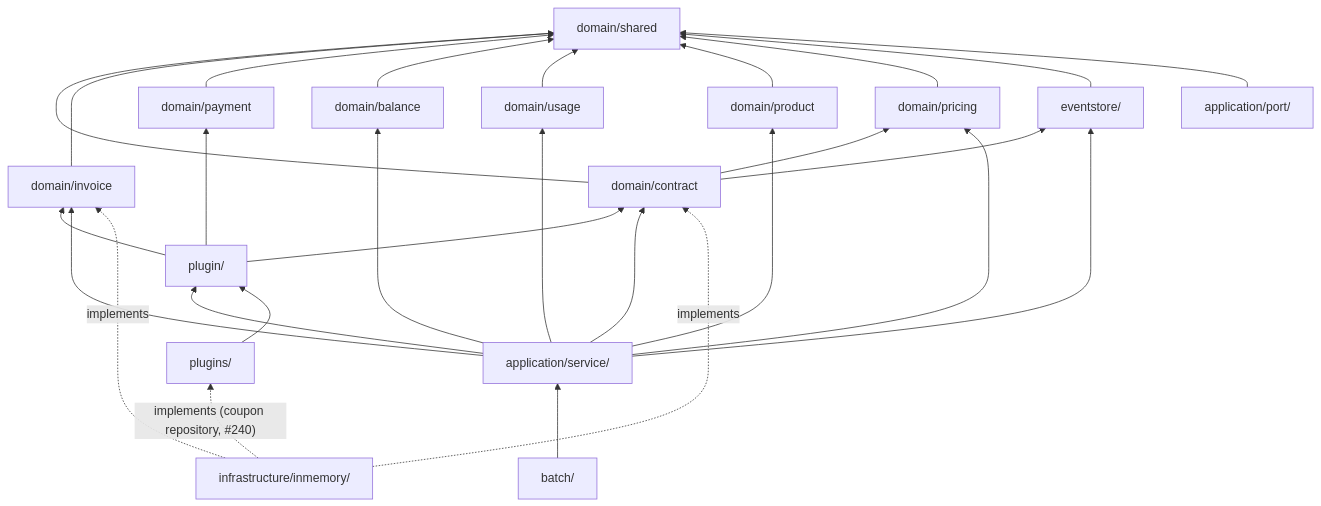
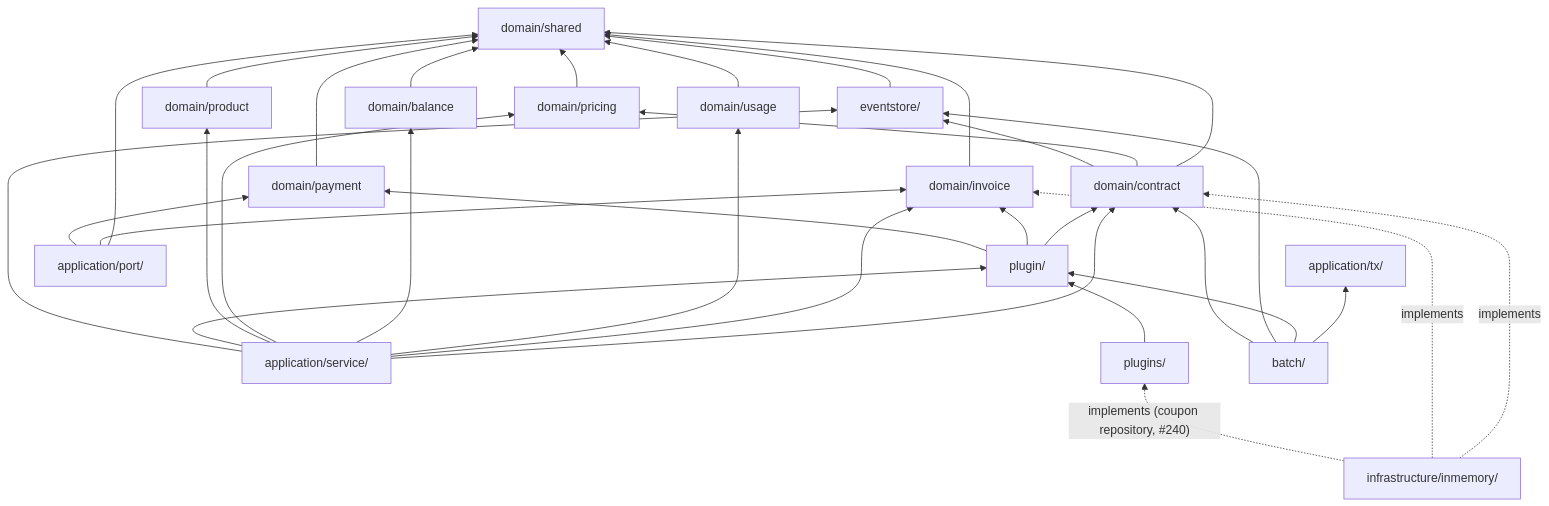
The third of 5 diagrams in docs/architecture.md (contract-to-cash/core), drawn with Mermaid before and after one commit. The commit also changed 6 other files, not shown here.

First line of the commit message:
polish: review follow-ups (CHANGELOG markers, docs graph, WithStatus deprecation)

````diff
--- a/docs/architecture.md
+++ b/docs/architecture.md
@@ -85,31 +85,39 @@
 ```mermaid
 graph BT
     shared["domain/shared"]
     contract["domain/contract"] --> shared
     invoice["domain/invoice"] --> shared
     payment["domain/payment"] --> shared
     balance["domain/balance"] --> shared
     usage["domain/usage"] --> shared
     product["domain/product"] --> shared
     pricing["domain/pricing"] --> shared
     contract --> pricing
     eventstore["eventstore/"] --> shared
     contract --> eventstore
     plugin["plugin/"] --> contract
     plugin --> invoice
     plugin --> payment
     appService["application/service/"] --> contract
     appService --> invoice
     appService --> usage
     appService --> balance
     appService --> pricing
     appService --> product
     appService --> plugin
     appService --> eventstore
     port["application/port/"] --> shared
+    port --> invoice
+    port --> payment
     infra["infrastructure/inmemory/"] -.->|implements| contract
     infra -.->|implements| invoice
     plugins["plugins/"] --> plugin
     infra -.->|"implements (coupon repository, #240)"| plugins
-    batch["batch/"] --> appService
+    %% batch/ does NOT import application/service. Direct deps shown below;
+    %% it also imports domain/balance, domain/pricing, domain/shared directly
+    %% (edges omitted for readability).
+    batch["batch/"] --> tx["application/tx/"]
+    batch --> plugin
+    batch --> eventstore
+    batch --> contract
 ```
````
